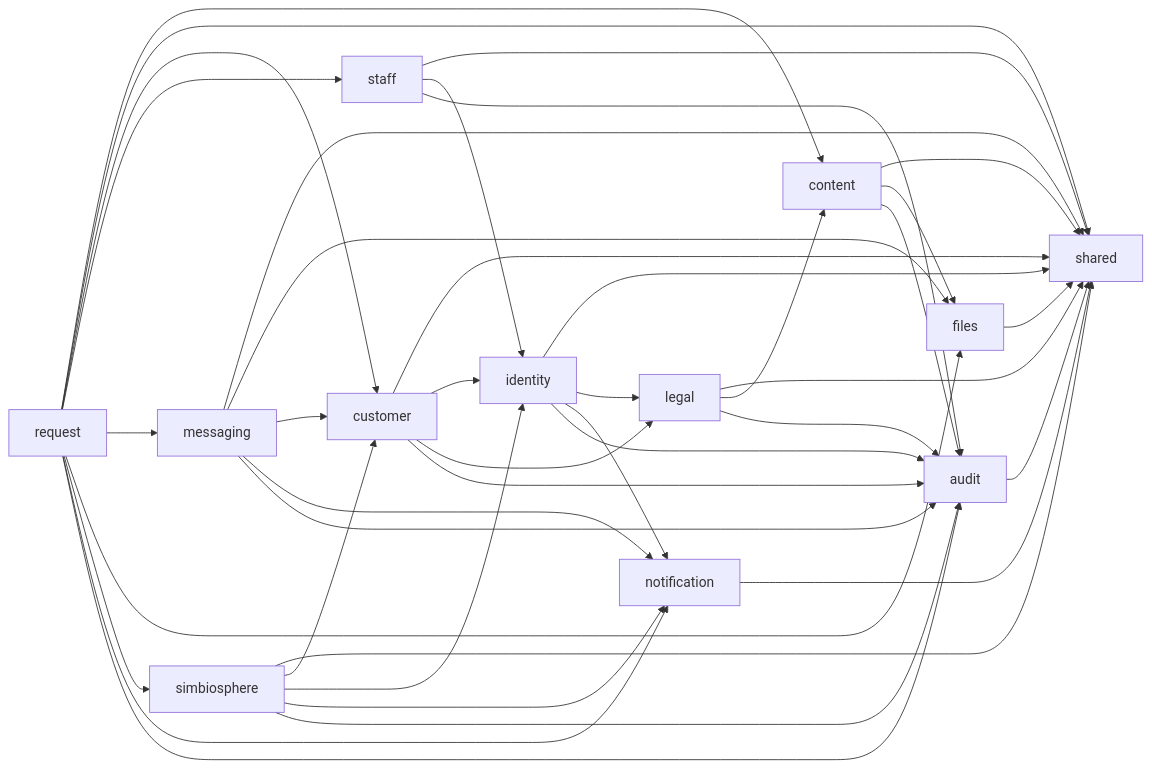
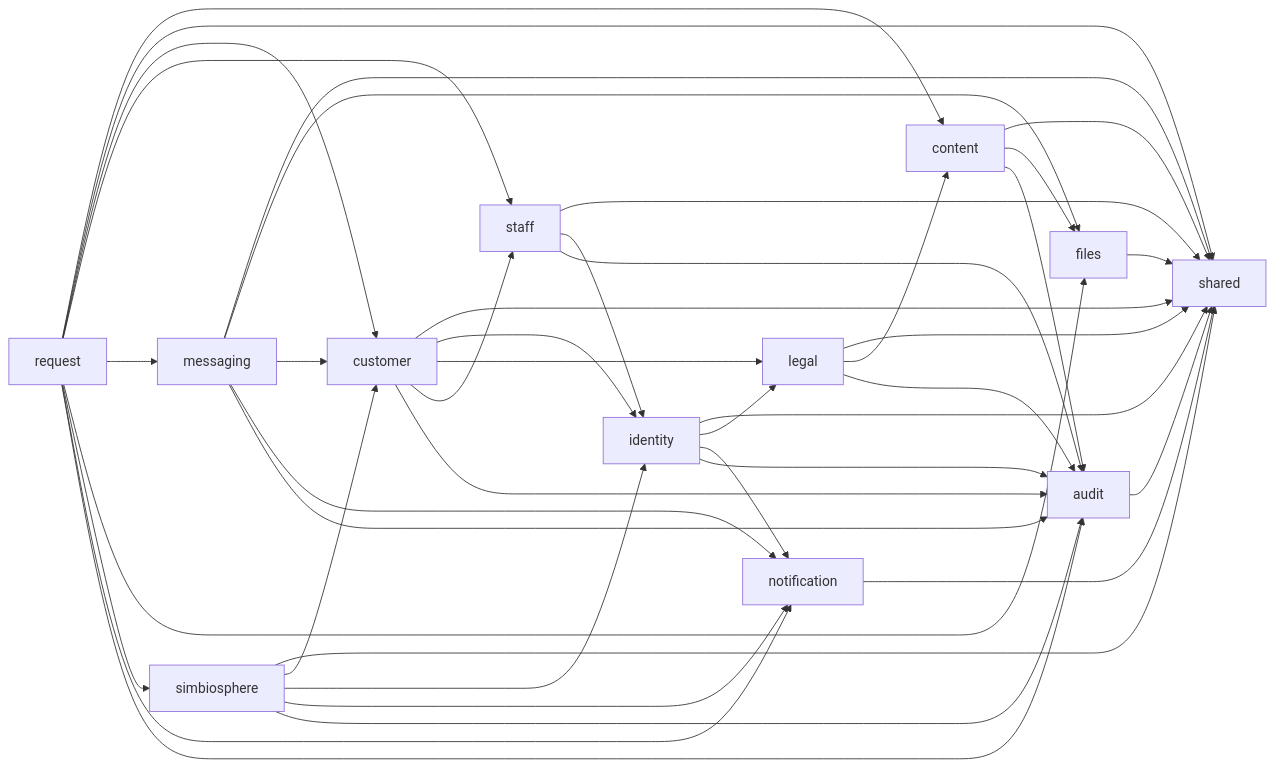
Before and after one commit to Kerwon1988/S-portal: the fourth of 4 diagrams in docs/plan/03-arquitectura.md, drawn with Mermaid. The commit also changed other lines of this file and 445 other files, not shown here.

````diff
--- a/docs/plan/03-arquitectura.md
+++ b/docs/plan/03-arquitectura.md
@@ -94,42 +96,43 @@
 ```mermaid
 flowchart LR
   audit --> shared
   files --> shared
   request --> content
   notification --> shared
   content --> shared
   content --> files
   content --> audit
   legal --> shared
   legal --> content
   legal --> audit
   identity --> shared
   identity --> legal
   identity --> notification
   identity --> audit
   customer --> shared
   customer --> identity
   customer --> legal
+  customer --> staff
   customer --> audit
   staff --> shared
   staff --> identity
   staff --> audit
   simbiosphere --> shared
   simbiosphere --> customer
   simbiosphere --> identity
   simbiosphere --> notification
   simbiosphere --> audit
   messaging --> shared
   messaging --> files
   messaging --> customer
   messaging --> notification
   messaging --> audit
   request --> shared
   request --> customer
   request --> staff
   request --> messaging
   request --> files
   request --> simbiosphere
   request --> notification
   request --> audit
 ```
````
